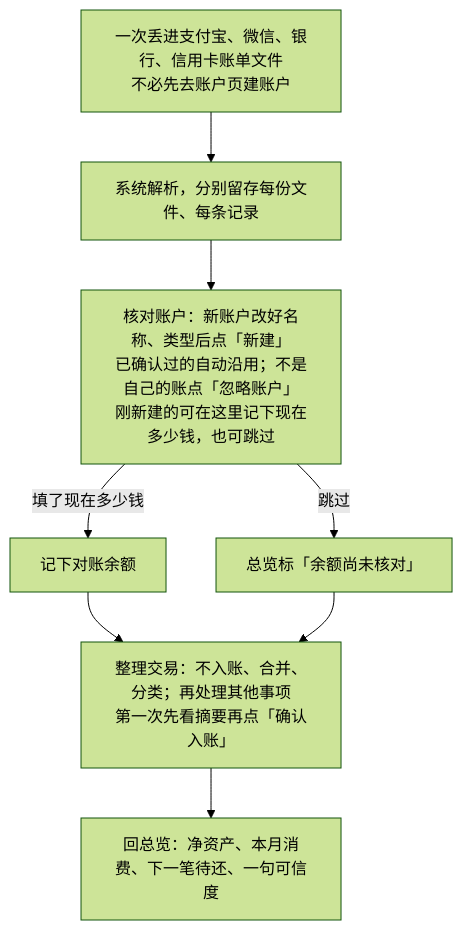
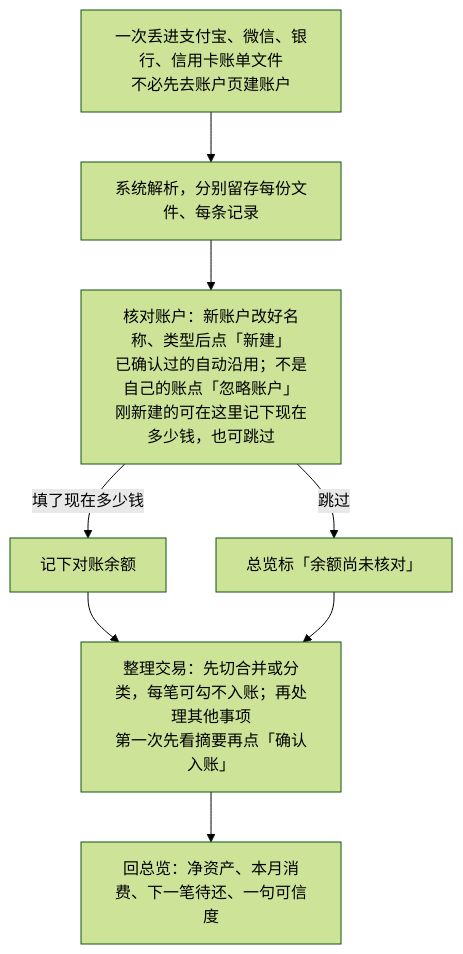
Before and after one commit to gaohongxiang/catledger: the first of 2 diagrams in docs/个人财务用户需求.md, drawn with Mermaid (forest theme). The commit also changed other lines of this file and 8 other files, not shown here.

```diff
--- a/docs/个人财务用户需求.md
+++ b/docs/个人财务用户需求.md
@@ -50,10 +50,10 @@
 ~~~mermaid
 flowchart TD
     A["一次丢进支付宝、微信、银行、信用卡账单文件<br/>不必先去账户页建账户"] --> B["系统解析，分别留存每份文件、每条记录"]
     B --> C["核对账户：新账户改好名称、类型后点「新建」<br/>已确认过的自动沿用；不是自己的账点「忽略账户」<br/>刚新建的可在这里记下现在多少钱，也可跳过"]
     C -->|填了现在多少钱| E["记下对账余额"]
     C -->|跳过| F["总览标「余额尚未核对」"]
-    E --> G["整理交易：不入账、合并、分类；再处理其他事项<br/>第一次先看摘要再点「确认入账」"]
+    E --> G["整理交易：先切合并或分类，每笔可勾不入账；再处理其他事项<br/>第一次先看摘要再点「确认入账」"]
     F --> G
     G --> I["回总览：净资产、本月消费、下一笔待还、一句可信度"]
 ~~~
```
